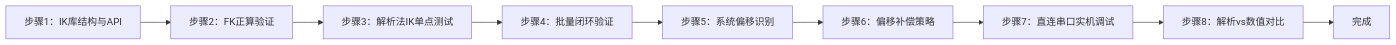
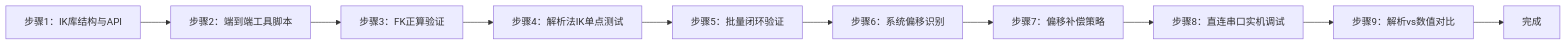
One commit to aibittek/course_generate_agent changed the fifth of 7 diagrams in courses/sheet1/arm_practice/EXP005_lab_guide.md. Above: the diagram before and after it, drawn with Mermaid. The commit also changed other lines of this file and 17 other files, not shown here.

````diff
--- a/courses/sheet1/arm_practice/EXP005_lab_guide.md
+++ b/courses/sheet1/arm_practice/EXP005_lab_guide.md
@@ -2961,11 +2961,12 @@
 ```mermaid
 graph LR
-    A[步骤1：IK库结构与API] --> B[步骤2：FK正算验证]
-    B --> C[步骤3：解析法IK单点测试]
-    C --> D[步骤4：批量闭环验证]
-    D --> E[步骤5：系统偏移识别]
-    E --> F[步骤6：偏移补偿策略]
-    F --> G[步骤7：直连串口实机调试]
-    G --> H[步骤8：解析vs数值对比]
-    H --> I[完成]
+    A[步骤1：IK库结构与API] --> B[步骤2：端到端工具脚本]
+    B --> C[步骤3：FK正算验证]
+    C --> D[步骤4：解析法IK单点测试]
+    D --> E[步骤5：批量闭环验证]
+    E --> F[步骤6：系统偏移识别]
+    F --> G[步骤7：偏移补偿策略]
+    G --> H[步骤8：直连串口实机调试]
+    H --> I[步骤9：解析vs数值对比]
+    I --> J[完成]
 ```
````
